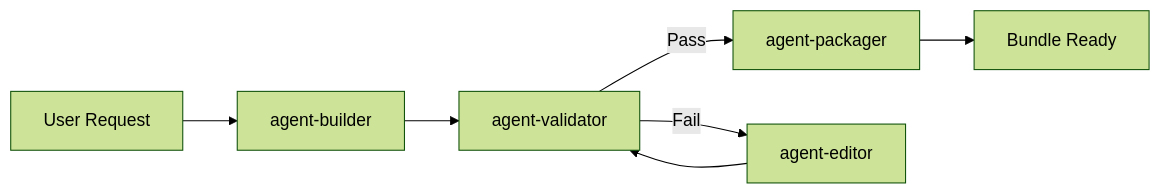
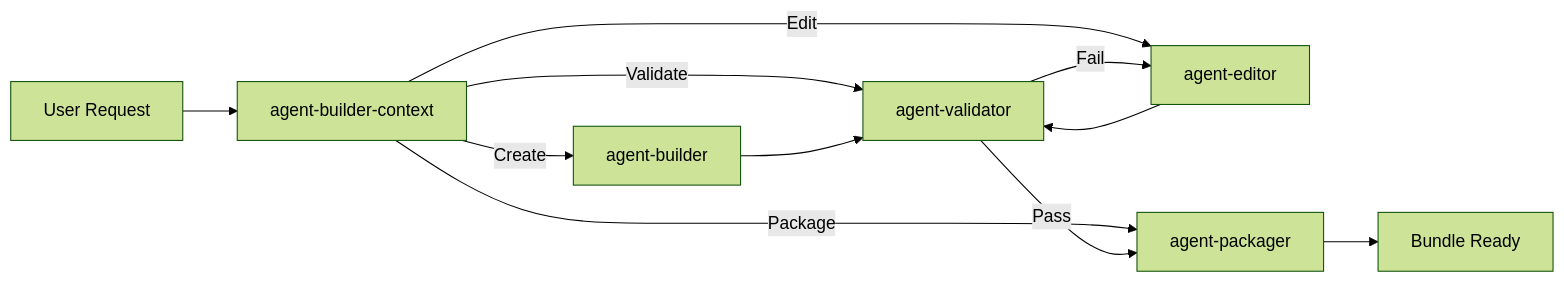
One commit to YoungLeadersDotTech/agent-builder changed the diagram in templates/agent-coordination-template.md. Above: the diagram before and after it, drawn with Mermaid (forest theme). The commit also changed other lines of this file and 10 other files, not shown here.

First line of the commit message:
feat: Agent Builder v2.2.0 - Enhanced context gathering and template automation

````diff
--- a/templates/agent-coordination-template.md
+++ b/templates/agent-coordination-template.md
@@ -126,9 +135,13 @@
 ```mermaid
 graph LR
-    User[User Request] --> Builder[agent-builder]
-    Builder --> Validator[agent-validator]
-    Validator -->|Pass| Packager[agent-packager]
-    Validator -->|Fail| Editor[agent-editor]
+    User[User Request] --> Context[agent-builder-context]
+    Context -->|Create| Builder[agent-builder]
+    Context -->|Edit| Editor[agent-editor]
+    Context -->|Validate| Validator[agent-validator]
+    Context -->|Package| Packager[agent-packager]
+    Builder --> Validator
     Editor --> Validator
+    Validator -->|Pass| Packager
+    Validator -->|Fail| Editor
     Packager --> Complete[Bundle Ready]
 ```
````
